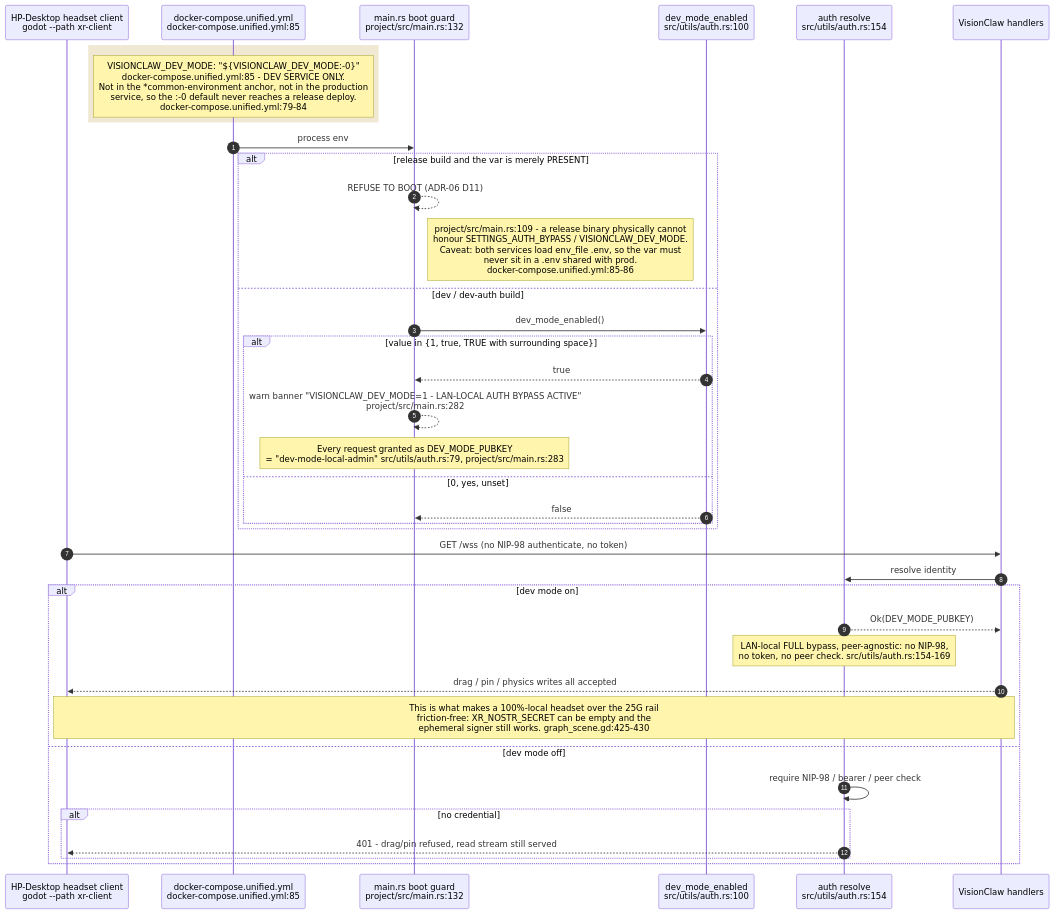
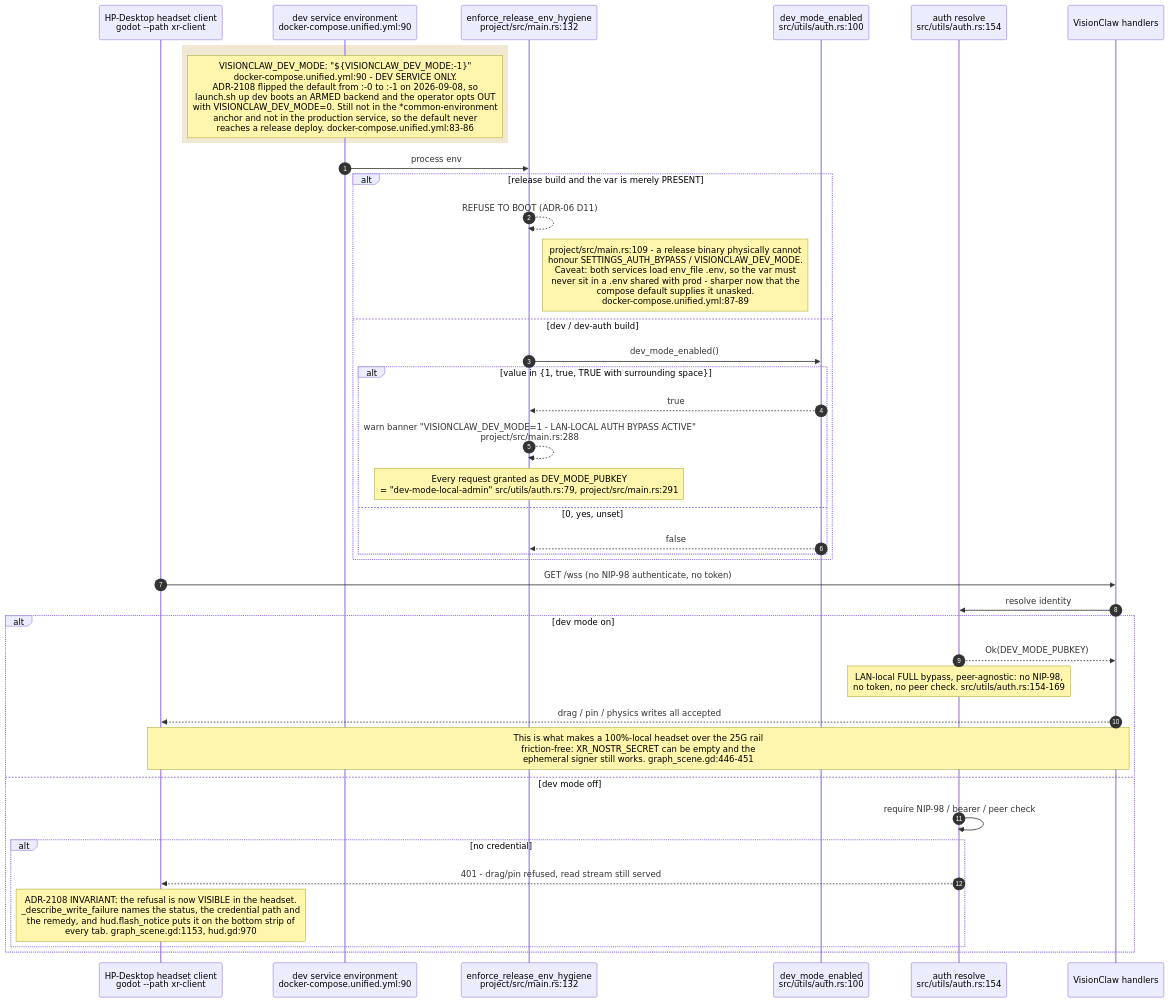
Diagram 15 of 24 in docs/diagrams/visionclaw/36-godot-xr-client.md (DreamLab-AI/VisionFlow), drawn with Mermaid before and after one commit. The commit also changed other lines of this file and 32 other files, not shown here.

````diff
--- a/docs/diagrams/visionclaw/36-godot-xr-client.md
+++ b/docs/diagrams/visionclaw/36-godot-xr-client.md
@@ -684,41 +705,42 @@
 ```mermaid
 sequenceDiagram
     autonumber
     participant HP as HP-Desktop headset client<br/>godot --path xr-client
-    participant CO as docker-compose.unified.yml<br/>docker-compose.unified.yml:85
-    participant MN as main.rs boot guard<br/>project/src/main.rs:132
+    participant CO as dev service environment<br/>docker-compose.unified.yml:90
+    participant MN as enforce_release_env_hygiene<br/>project/src/main.rs:132
     participant DM as dev_mode_enabled<br/>src/utils/auth.rs:100
     participant AU as auth resolve<br/>src/utils/auth.rs:154
     participant SV as VisionClaw handlers
 
     rect rgb(240, 232, 210)
-        Note over CO: VISIONCLAW_DEV_MODE: "${VISIONCLAW_DEV_MODE:-0}"<br/>docker-compose.unified.yml:85 - DEV SERVICE ONLY.<br/>Not in the *common-environment anchor, not in the production<br/>service, so the :-0 default never reaches a release deploy.<br/>docker-compose.unified.yml:79-84
+        Note over CO: VISIONCLAW_DEV_MODE: "${VISIONCLAW_DEV_MODE:-1}"<br/>docker-compose.unified.yml:90 - DEV SERVICE ONLY.<br/>ADR-2108 flipped the default from :-0 to :-1 on 2026-09-08, so<br/>launch.sh up dev boots an ARMED backend and the operator opts OUT<br/>with VISIONCLAW_DEV_MODE=0. Still not in the *common-environment<br/>anchor and not in the production service, so the default never<br/>reaches a release deploy. docker-compose.unified.yml:83-86
     end
     CO->>MN: process env
     alt release build and the var is merely PRESENT
         MN-->>MN: REFUSE TO BOOT (ADR-06 D11)
-        Note right of MN: project/src/main.rs:109 - a release binary physically cannot<br/>honour SETTINGS_AUTH_BYPASS / VISIONCLAW_DEV_MODE.<br/>Caveat: both services load env_file .env, so the var must<br/>never sit in a .env shared with prod.<br/>docker-compose.unified.yml:85-86
+        Note right of MN: project/src/main.rs:109 - a release binary physically cannot<br/>honour SETTINGS_AUTH_BYPASS / VISIONCLAW_DEV_MODE.<br/>Caveat: both services load env_file .env, so the var must<br/>never sit in a .env shared with prod - sharper now that the<br/>compose default supplies it unasked.<br/>docker-compose.unified.yml:87-89
     else dev / dev-auth build
         MN->>DM: dev_mode_enabled()
         alt value in {1, true, TRUE with surrounding space}
             DM-->>MN: true
-            MN-->>MN: warn banner "VISIONCLAW_DEV_MODE=1 - LAN-LOCAL AUTH BYPASS ACTIVE"<br/>project/src/main.rs:282
-            Note over MN: Every request granted as DEV_MODE_PUBKEY<br/>= "dev-mode-local-admin" src/utils/auth.rs:79, project/src/main.rs:283
+            MN-->>MN: warn banner "VISIONCLAW_DEV_MODE=1 - LAN-LOCAL AUTH BYPASS ACTIVE"<br/>project/src/main.rs:288
+            Note over MN: Every request granted as DEV_MODE_PUBKEY<br/>= "dev-mode-local-admin" src/utils/auth.rs:79, project/src/main.rs:291
         else 0, yes, unset
             DM-->>MN: false
         end
     end
     HP->>SV: GET /wss (no NIP-98 authenticate, no token)
     SV->>AU: resolve identity
     alt dev mode on
         AU-->>SV: Ok(DEV_MODE_PUBKEY)
         Note over AU: LAN-local FULL bypass, peer-agnostic: no NIP-98,<br/>no token, no peer check. src/utils/auth.rs:154-169
         SV-->>HP: drag / pin / physics writes all accepted
-        Note over HP,SV: This is what makes a 100%-local headset over the 25G rail<br/>friction-free: XR_NOSTR_SECRET can be empty and the<br/>ephemeral signer still works. graph_scene.gd:425-430
+        Note over HP,SV: This is what makes a 100%-local headset over the 25G rail<br/>friction-free: XR_NOSTR_SECRET can be empty and the<br/>ephemeral signer still works. graph_scene.gd:446-451
     else dev mode off
         AU->>AU: require NIP-98 / bearer / peer check
         alt no credential
             AU-->>HP: 401 - drag/pin refused, read stream still served
+            Note over HP: ADR-2108 INVARIANT: the refusal is now VISIBLE in the headset.<br/>_describe_write_failure names the status, the credential path and<br/>the remedy, and hud.flash_notice puts it on the bottom strip of<br/>every tab. graph_scene.gd:1153, hud.gd:970
         end
     end
 ```
````
